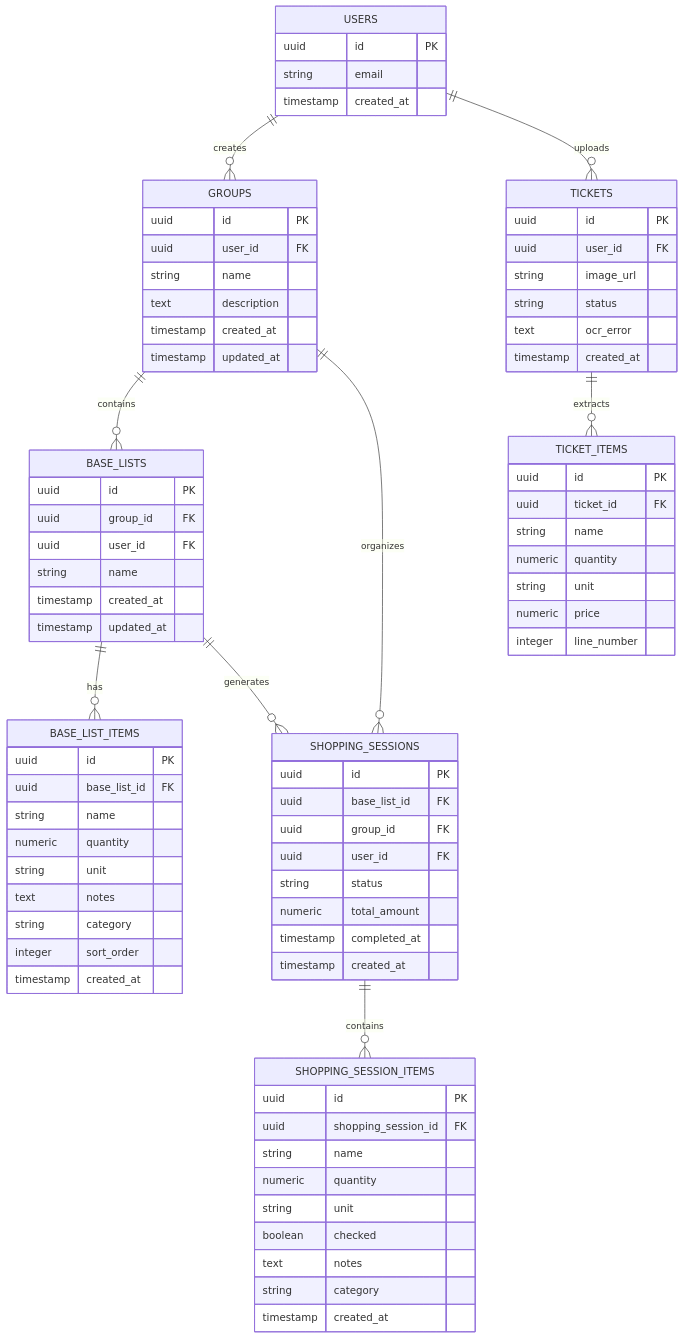
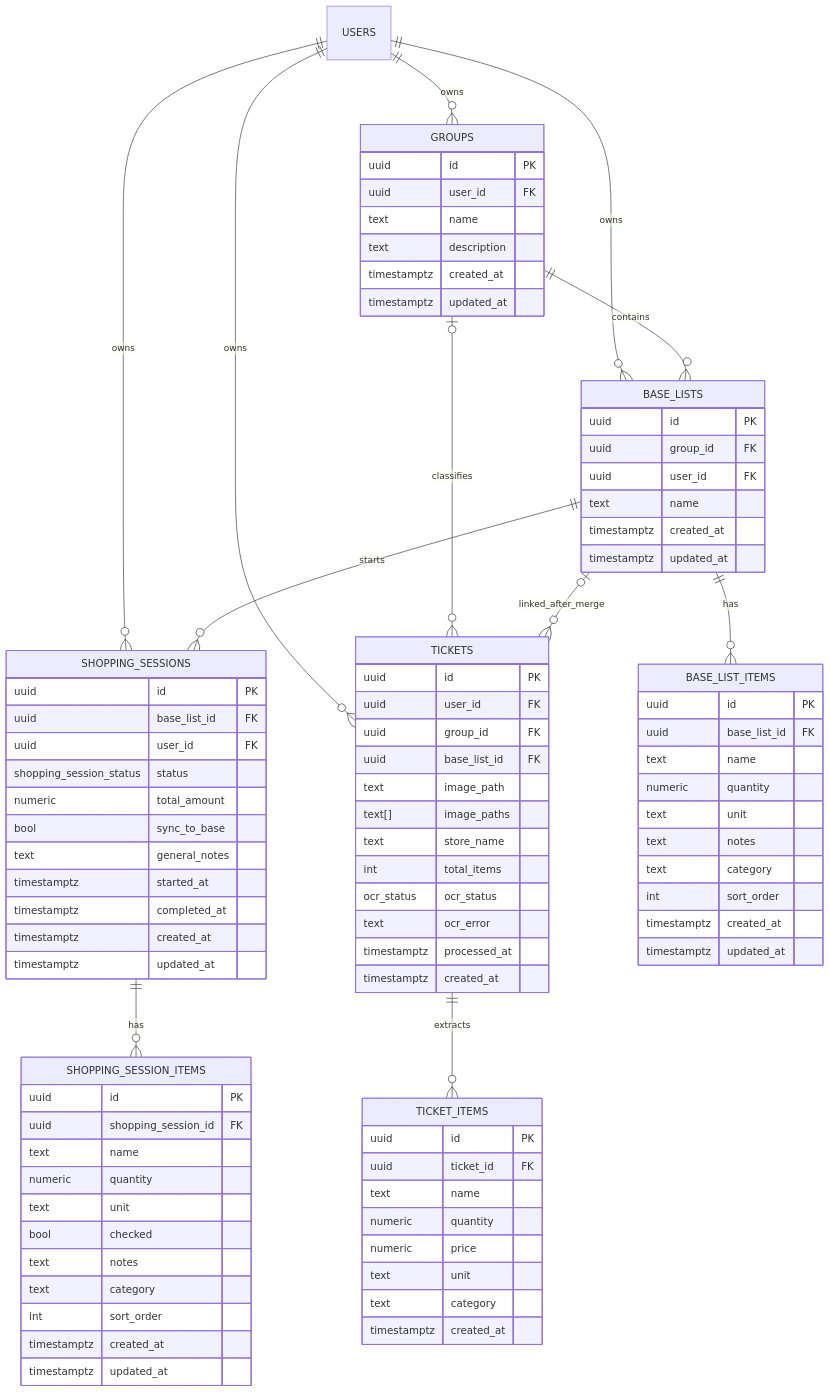
Before and after one commit to ljaviertovar/listys-web-app: the third of 5 diagrams in docs/README.md, drawn with Mermaid. The commit also changed other lines of this file and 1 other file, not shown here.

````diff
--- a/docs/README.md
+++ b/docs/README.md
@@ -257,93 +245,102 @@
 ```mermaid
 erDiagram
-    USERS ||--o{ GROUPS : creates
-    USERS ||--o{ TICKETS : uploads
+    USERS ||--o{ GROUPS : owns
+    USERS ||--o{ BASE_LISTS : owns
+    USERS ||--o{ SHOPPING_SESSIONS : owns
+    USERS ||--o{ TICKETS : owns
 
     GROUPS ||--o{ BASE_LISTS : contains
-    GROUPS ||--o{ SHOPPING_SESSIONS : organizes
+    BASE_LISTS ||--o{ BASE_LIST_ITEMS : has
+    BASE_LISTS ||--o{ SHOPPING_SESSIONS : starts
 
-    BASE_LISTS ||--o{ BASE_LIST_ITEMS : has
-    BASE_LISTS ||--o{ SHOPPING_SESSIONS : generates
+    SHOPPING_SESSIONS ||--o{ SHOPPING_SESSION_ITEMS : has
 
-    SHOPPING_SESSIONS ||--o{ SHOPPING_SESSION_ITEMS : contains
-
+    GROUPS o|--o{ TICKETS : classifies
+    BASE_LISTS o|--o{ TICKETS : linked_after_merge
     TICKETS ||--o{ TICKET_ITEMS : extracts
 
-    USERS {
-        uuid id PK
-        string email
-        timestamp created_at
-    }
-
     GROUPS {
-        uuid id PK
-        uuid user_id FK
-        string name
-        text description
-        timestamp created_at
-        timestamp updated_at
+      uuid id PK
+      uuid user_id FK
+      text name
+      text description
+      timestamptz created_at
+      timestamptz updated_at
     }
 
     BASE_LISTS {
-        uuid id PK
-        uuid group_id FK
-        uuid user_id FK
-        string name
-        timestamp created_at
-        timestamp updated_at
+      uuid id PK
+      uuid group_id FK
+      uuid user_id FK
+      text name
+      timestamptz created_at
+      timestamptz updated_at
     }
 
     BASE_LIST_ITEMS {
-        uuid id PK
-        uuid base_list_id FK
-        string name
-        numeric quantity
-        string unit
-        text notes
-        string category
-        integer sort_order
-        timestamp created_at
+      uuid id PK
+      uuid base_list_id FK
+      text name
+      numeric quantity
+      text unit
+      text notes
+      text category
+      int sort_order
+      timestamptz created_at
+      timestamptz updated_at
     }
 
     SHOPPING_SESSIONS {
-        uuid id PK
-        uuid base_list_id FK
-        uuid group_id FK
-        uuid user_id FK
-        string status
-        numeric total_amount
-        timestamp completed_at
-        timestamp created_at
+      uuid id PK
+      uuid base_list_id FK
+      uuid user_id FK
+      shopping_session_status status
+      numeric total_amount
+      bool sync_to_base
+      text general_notes
+      timestamptz started_at
+      timestamptz completed_at
+      timestamptz created_at
+      timestamptz updated_at
     }
 
     SHOPPING_SESSION_ITEMS {
-        uuid id PK
-        uuid shopping_session_id FK
-        string name
-        numeric quantity
-        string unit
-        boolean checked
-        text notes
-        string category
-        timestamp created_at
+      uuid id PK
+      uuid shopping_session_id FK
+      text name
+      numeric quantity
+      text unit
+      bool checked
+      text notes
+      text category
+      int sort_order
+      timestamptz created_at
+      timestamptz updated_at
     }
 
     TICKETS {
-        uuid id PK
-        uuid user_id FK
-        string image_url
-        string status
-        text ocr_error
-        timestamp created_at
+      uuid id PK
+      uuid user_id FK
+      uuid group_id FK
+      uuid base_list_id FK
+      text image_path
+      text[] image_paths
+      text store_name
+      int total_items
+      ocr_status ocr_status
+      text ocr_error
+      timestamptz processed_at
+      timestamptz created_at
     }
 
     TICKET_ITEMS {
-        uuid id PK
-        uuid ticket_id FK
-        string name
-        numeric quantity
-        string unit
-        numeric price
-        integer line_number
+      uuid id PK
+      uuid ticket_id FK
+      text name
+      numeric quantity
+      numeric price
+      text unit
+      text category
+      timestamptz created_at
     }
 ```
````
